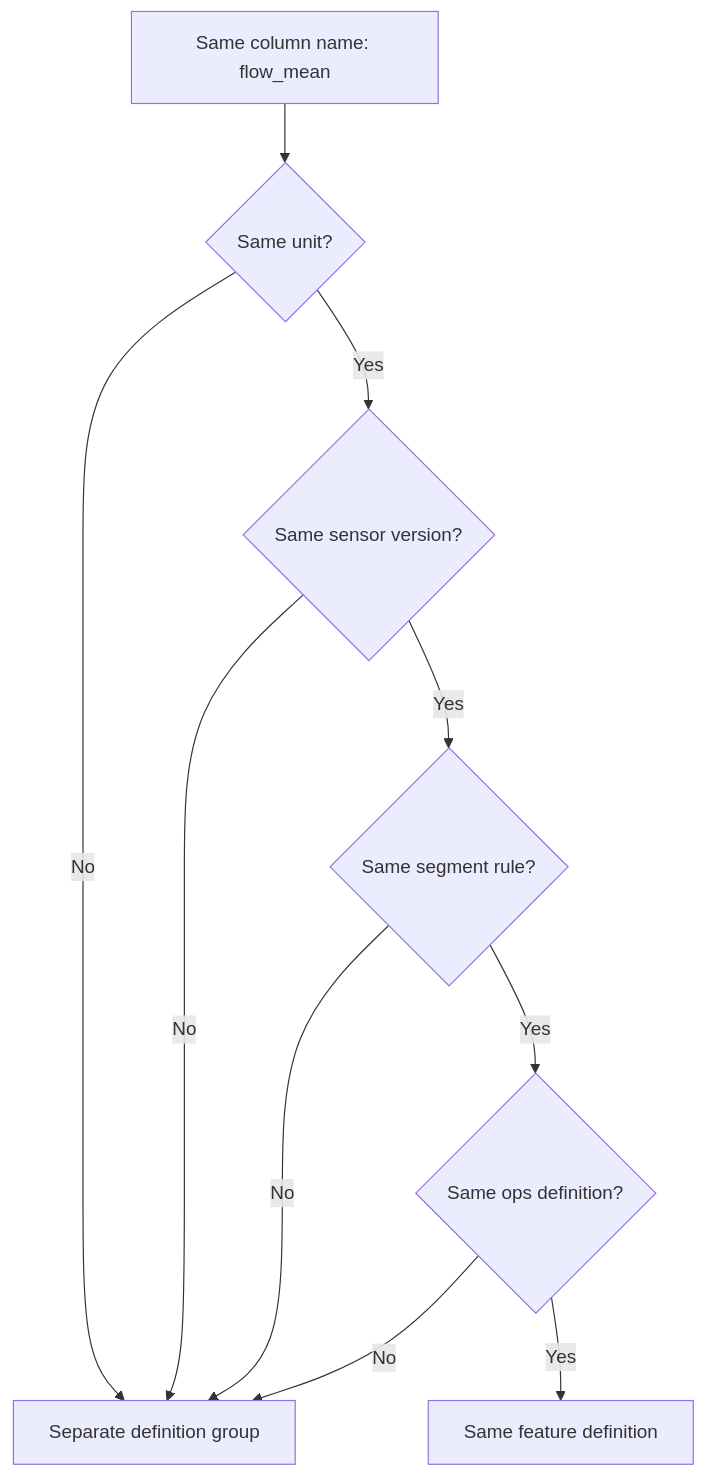
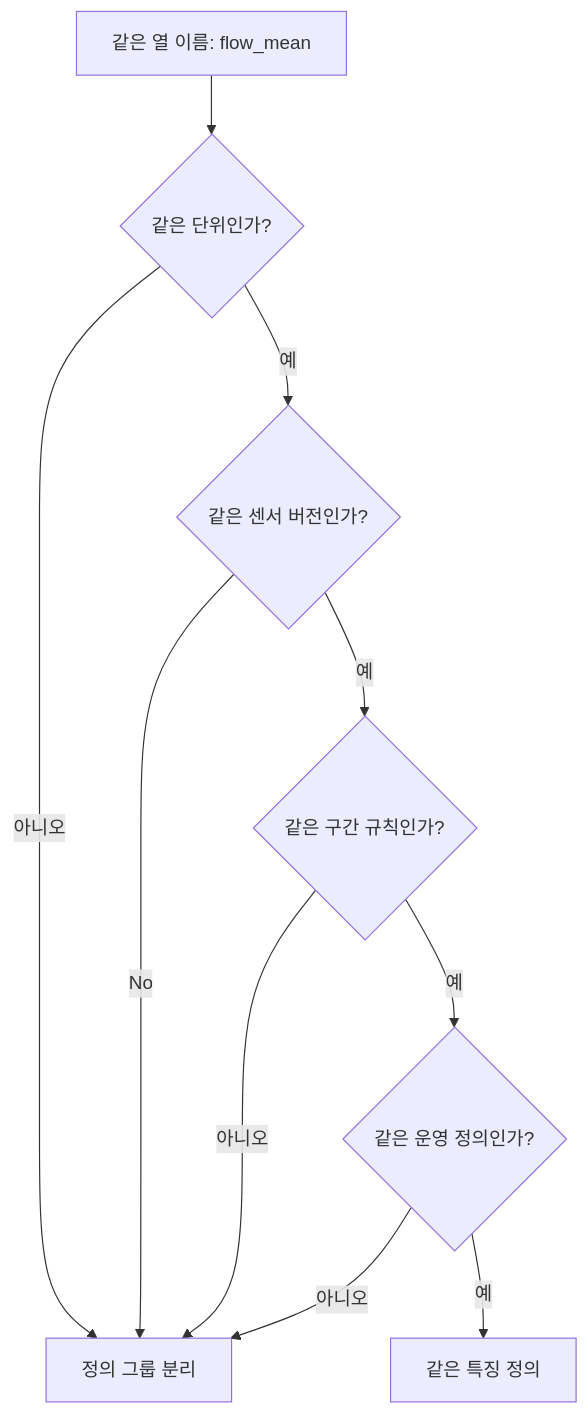
Before and after one commit to devchan64/AiBook: the diagram in docs/parts/part-03/chapter-06/section-06.md, drawn with Mermaid. The commit also changed 45 other files, not shown here.

Commit message:
docs: localize part 3 mermaid diagrams

````diff
--- a/docs/parts/part-03/chapter-06/section-06.md
+++ b/docs/parts/part-03/chapter-06/section-06.md
@@ -53,12 +53,12 @@
 ```mermaid
 flowchart TD
-    A[Same column name: flow_mean] --> B{Same unit?}
-    B -- No --> X[Separate definition group]
-    B -- Yes --> C{Same sensor version?}
+    A[같은 열 이름: flow_mean] --> B{같은 단위인가?}
+    B -- 아니오 --> X[정의 그룹 분리]
+    B -- 예 --> C{같은 센서 버전인가?}
     C -- No --> X
-    C -- Yes --> D{Same segment rule?}
-    D -- No --> X
-    D -- Yes --> E{Same ops definition?}
-    E -- No --> X
-    E -- Yes --> Y[Same feature definition]
+    C -- 예 --> D{같은 구간 규칙인가?}
+    D -- 아니오 --> X
+    D -- 예 --> E{같은 운영 정의인가?}
+    E -- 아니오 --> X
+    E -- 예 --> Y[같은 특징 정의]
 ```
````
